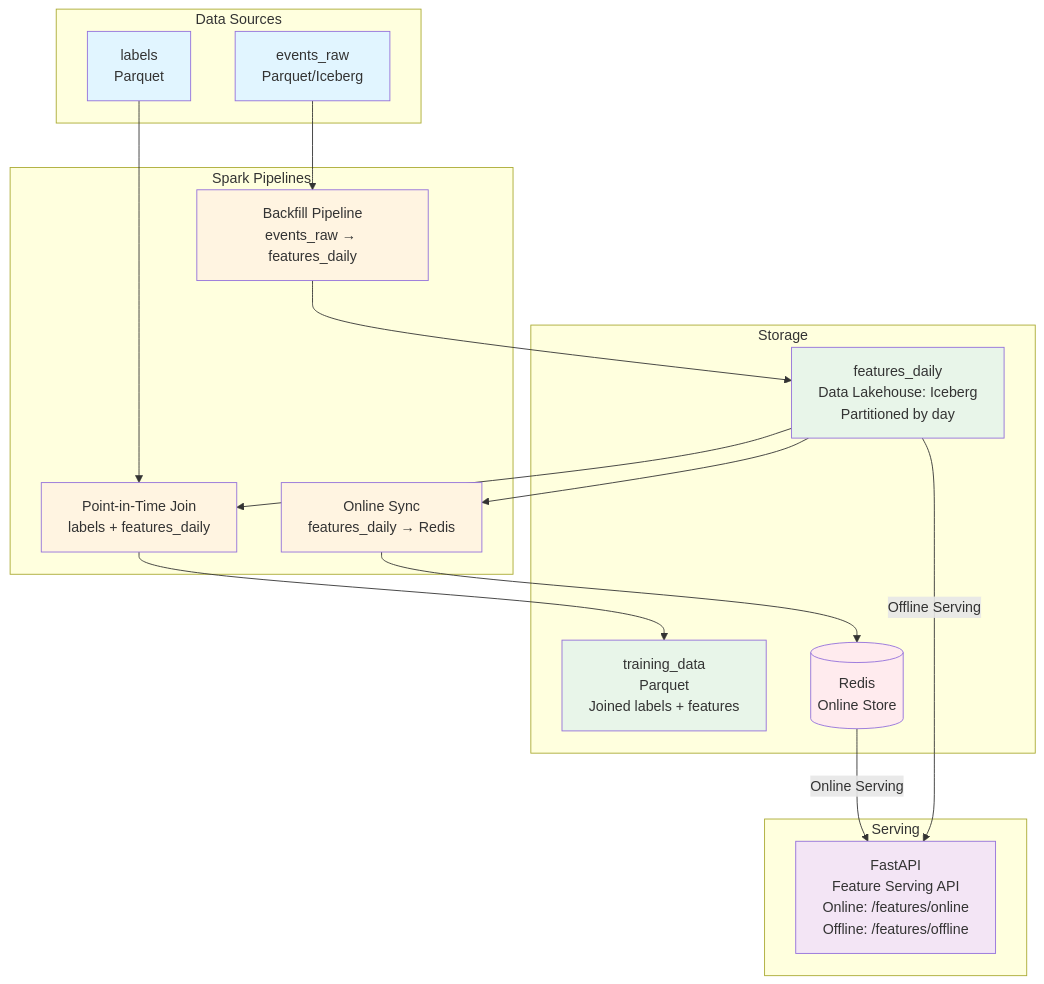
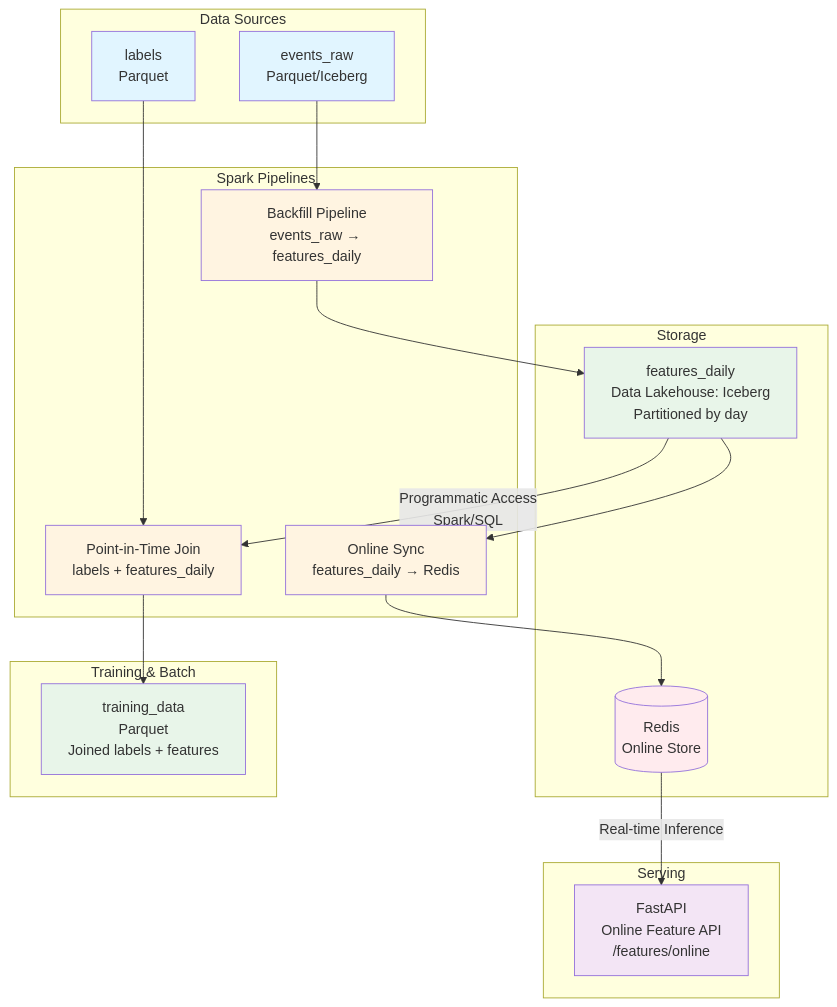
The diagram in README.md (Wendyddw/mini-feature-store), drawn with Mermaid before and after one commit. The commit also changed other lines of this file and 3 other files, not shown here.

Commit message:
specify offline api is for development

````diff
--- a/README.md
+++ b/README.md
@@ -7,43 +7,45 @@
 ```mermaid
 graph TB
     subgraph "Data Sources"
         ER[events_raw<br/>Parquet/Iceberg]
         L[labels<br/>Parquet]
     end
 
     subgraph "Spark Pipelines"
         BP[Backfill Pipeline<br/>events_raw → features_daily]
         PITJ[Point-in-Time Join<br/>labels + features_daily]
         OS[Online Sync<br/>features_daily → Redis]
     end
 
     subgraph "Storage"
         FD[features_daily<br/>Data Lakehouse: Iceberg<br/>Partitioned by day]
-        TD[training_data<br/>Parquet<br/>Joined labels + features]
         R[(Redis<br/>Online Store)]
     end
 
     subgraph "Serving"
-        API[FastAPI<br/>Feature Serving API<br/>Online: /features/online<br/>Offline: /features/offline]
+        API[FastAPI<br/>Online Feature API<br/>/features/online]
+    end
+
+    subgraph "Training & Batch"
+        TD[training_data<br/>Parquet<br/>Joined labels + features]
     end
 
     ER --> BP
     BP --> FD
     L --> PITJ
-    FD --> PITJ
+    FD -->|Programmatic Access<br/>Spark/SQL| PITJ
     PITJ --> TD
     FD --> OS
     OS --> R
-    R -->|Online Serving| API
-    FD -->|Offline Serving| API
+    R -->|Real-time Inference| API
 
     style ER fill:#e1f5ff
     style L fill:#e1f5ff
     style BP fill:#fff4e1
     style PITJ fill:#fff4e1
     style OS fill:#fff4e1
     style FD fill:#e8f5e9
     style TD fill:#e8f5e9
     style R fill:#ffebee
     style API fill:#f3e5f5
 ```
````
